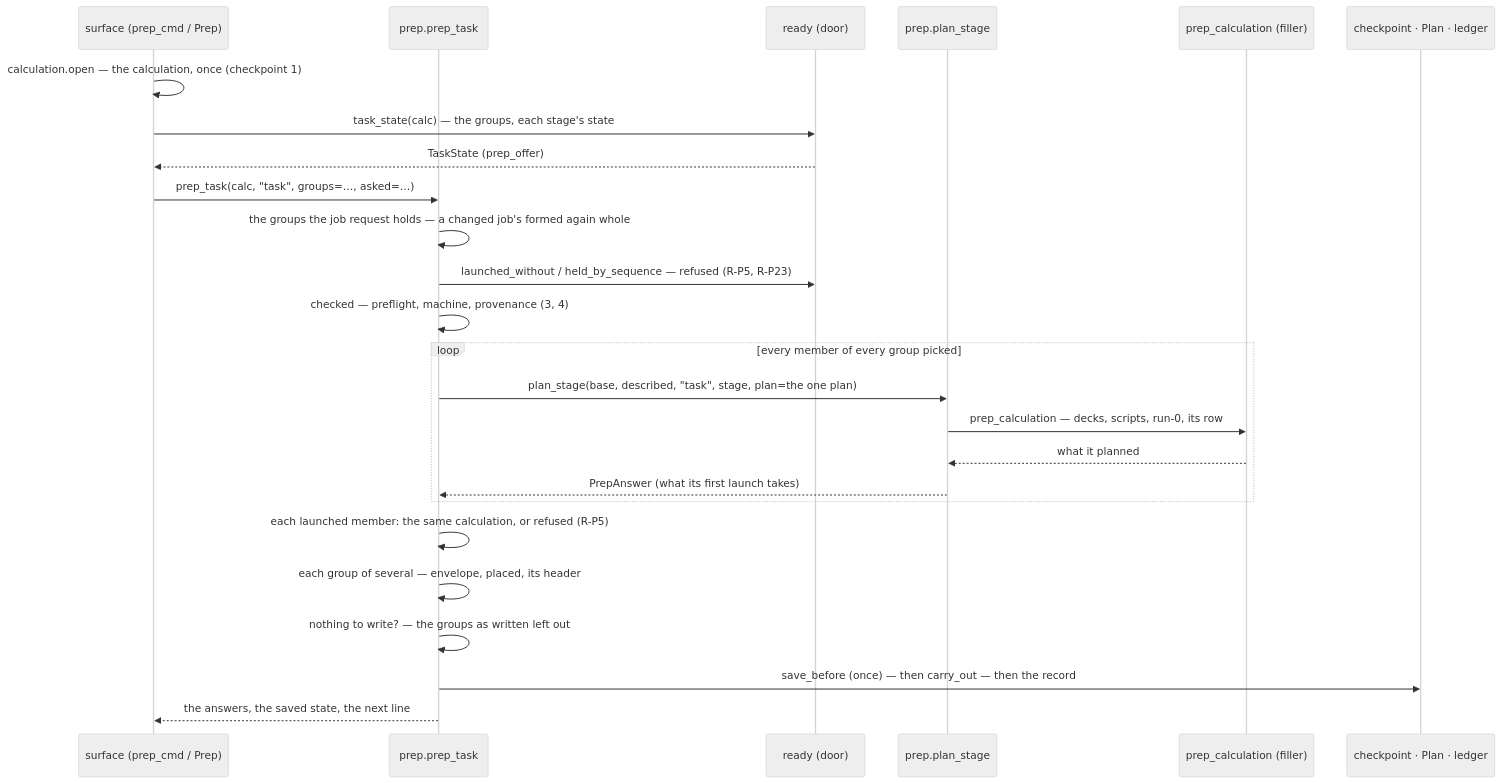
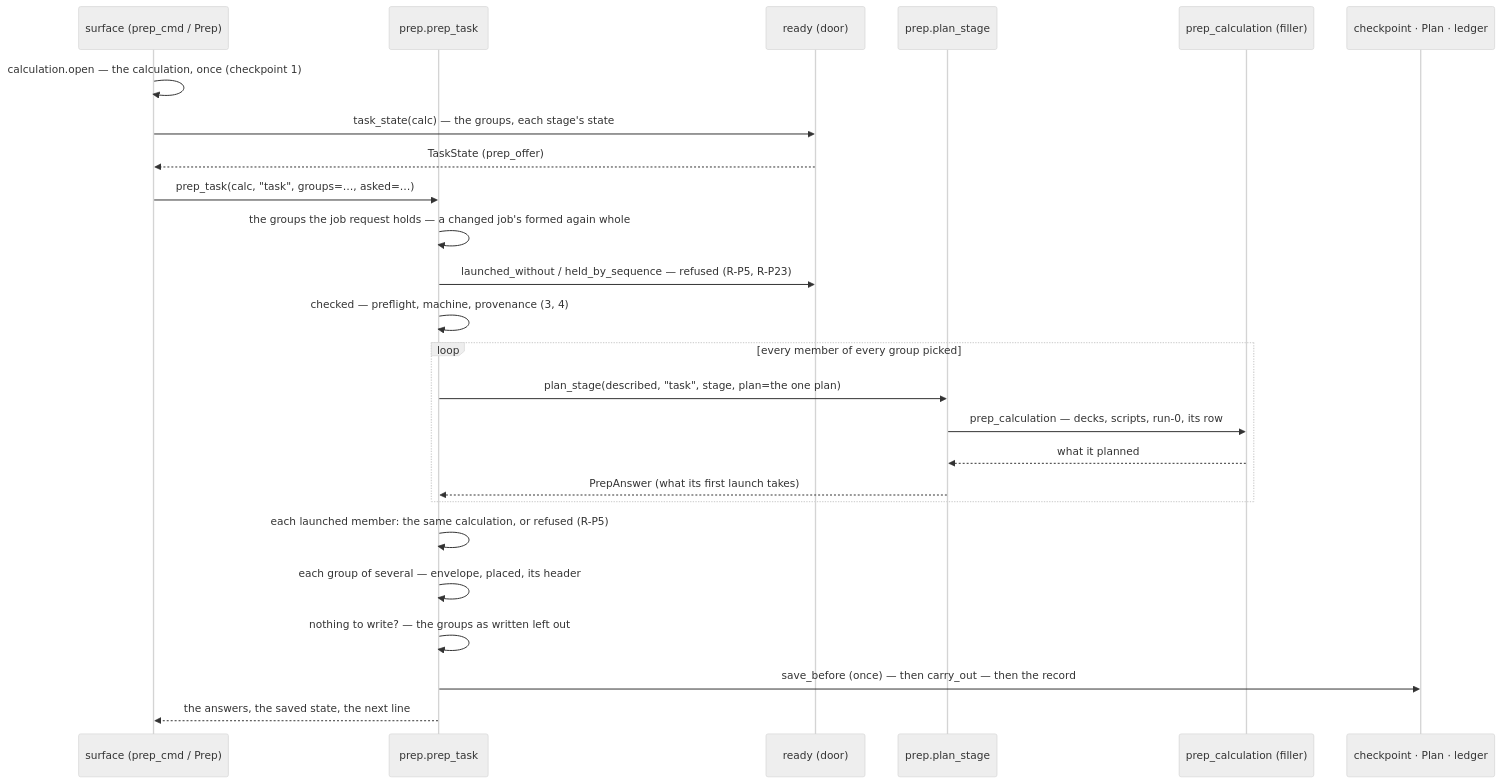
Before and after one commit to Qing-LAB/molbuilder: diagram 12 of 13 in docs/execution/job-system.md, drawn with Mermaid (neutral theme). The commit also changed other lines of this file and 47 other files, not shown here.

````diff
--- a/docs/execution/job-system.md
+++ b/docs/execution/job-system.md
@@ -2581,27 +2584,27 @@
 ```mermaid
 sequenceDiagram
     participant S as surface (prep_cmd / Prep)
     participant E as prep.prep_task
     participant R as ready (door)
     participant P as prep.plan_stage
     participant F as prep_calculation (filler)
     participant X as checkpoint · Plan · ledger
     S->>S: calculation.open — the calculation, once (checkpoint 1)
     S->>R: task_state(calc) — the groups, each stage's state
     R-->>S: TaskState (prep_offer)
     S->>E: prep_task(calc, "task", groups=…, asked=…)
     E->>E: the groups the job request holds — a changed job's formed again whole
     E->>R: launched_without / held_by_sequence — refused (R-P5, R-P23)
     E->>E: checked — preflight, machine, provenance (3, 4)
     loop every member of every group picked
-        E->>P: plan_stage(base, described, "task", stage, plan=the one plan)
+        E->>P: plan_stage(described, "task", stage, plan=the one plan)
         P->>F: prep_calculation — decks, scripts, run-0, its row
         F-->>P: what it planned
         P-->>E: PrepAnswer (what its first launch takes)
     end
     E->>E: each launched member: the same calculation, or refused (R-P5)
     E->>E: each group of several — envelope, placed, its header
     E->>E: nothing to write? — the groups as written left out
     E->>X: save_before (once) — then carry_out — then the record
     E-->>S: the answers, the saved state, the next line
 ```
````
